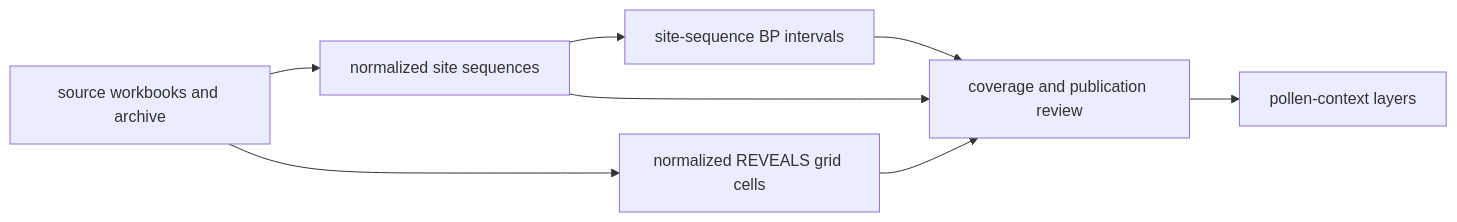
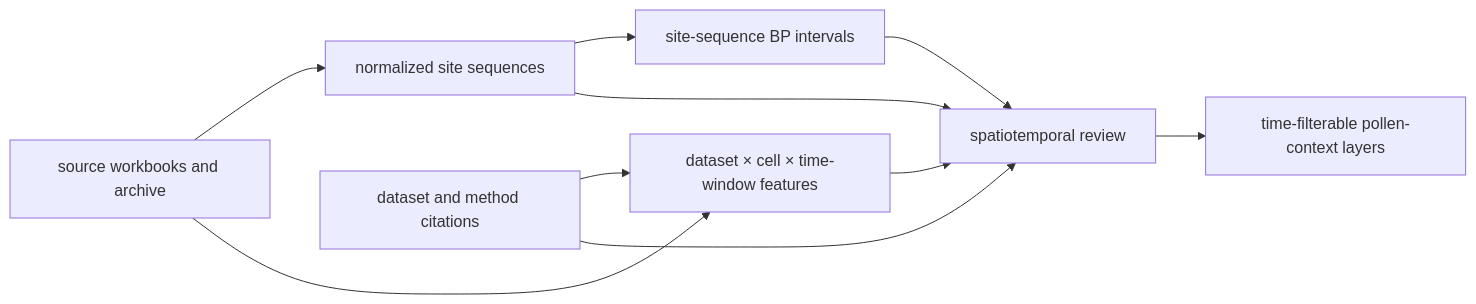
One commit to bijux/bijux-pollenomics changed the second of 5 diagrams in docs/public/pollenomics-data/sources/landclim.md. Above: the diagram before and after it, drawn with Mermaid. The commit also changed other lines of this file and 1 other file, not shown here.

````diff
--- a/docs/public/pollenomics-data/sources/landclim.md
+++ b/docs/public/pollenomics-data/sources/landclim.md
@@ -75,10 +80,12 @@
 ```mermaid
 flowchart LR
     Capture["source workbooks and archive"] --> Sites["normalized site sequences"]
-    Capture --> Grid["normalized REVEALS grid cells"]
+    Capture --> Grid["dataset × cell × time-window features"]
+    Sources["dataset and method citations"] --> Grid
     Sites --> Time["site-sequence BP intervals"]
-    Sites --> Review["coverage and publication review"]
+    Sites --> Review["spatiotemporal review"]
     Grid --> Review
+    Sources --> Review
     Time --> Review
-    Review --> Product["pollen-context layers"]
+    Review --> Product["time-filterable pollen-context layers"]
 ```
````
